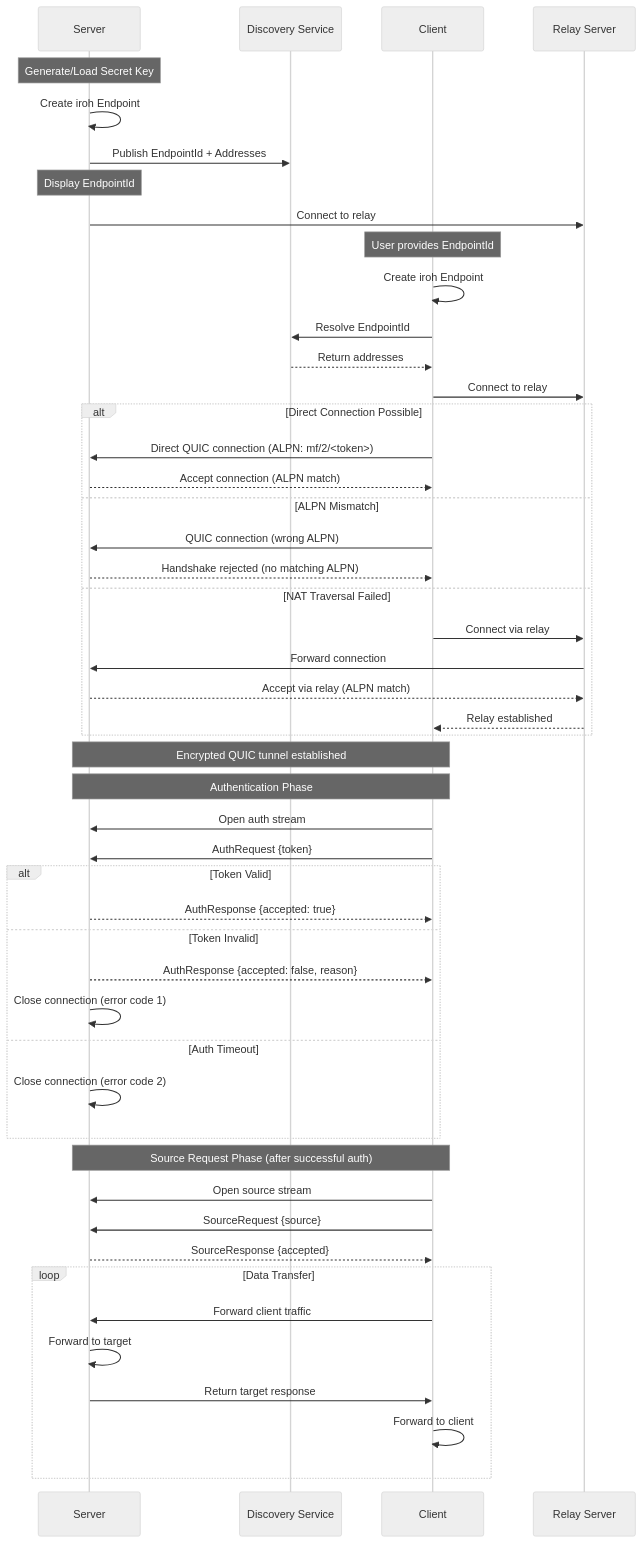
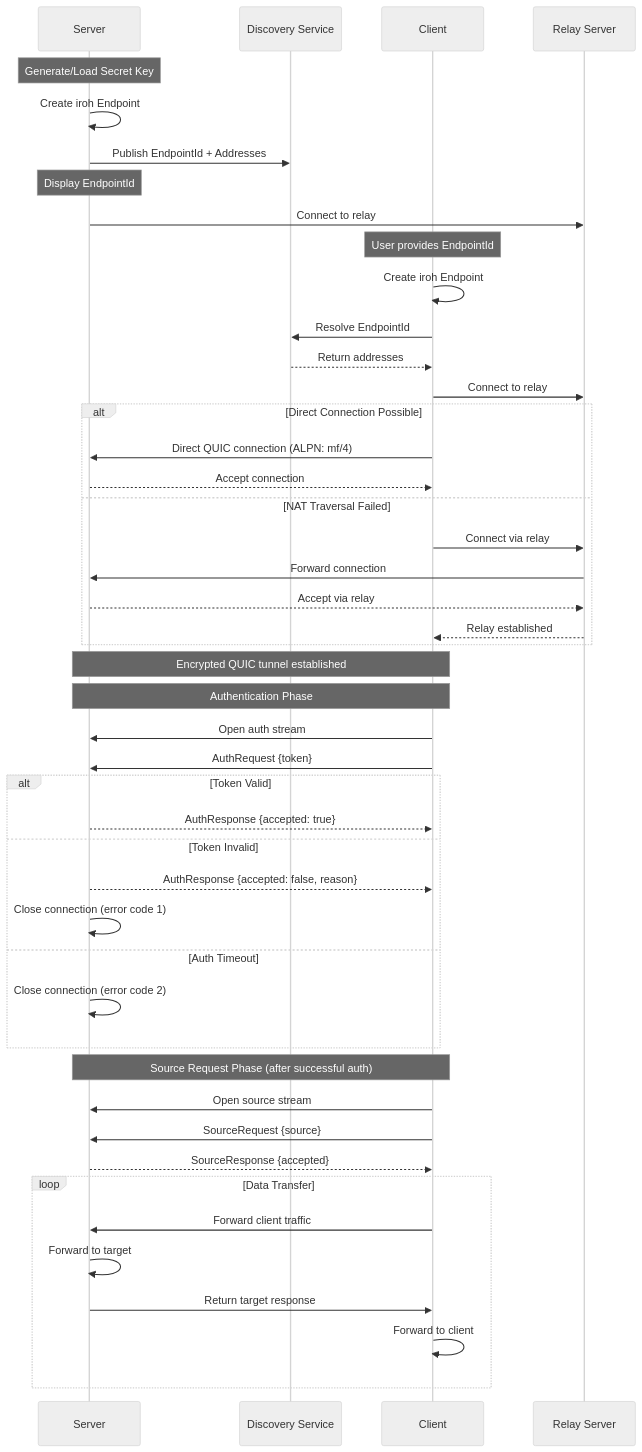
One commit to andrewtheguy/tunnel-rs changed the sixth of 22 diagrams in docs/ARCHITECTURE.md. Above: the diagram before and after it, drawn with Mermaid (neutral theme). The commit also changed other lines of this file and 12 other files, not shown here.

````diff
--- a/docs/ARCHITECTURE.md
+++ b/docs/ARCHITECTURE.md
@@ -176,58 +176,55 @@
 ```mermaid
 sequenceDiagram
     participant S as Server
     participant SD as Discovery Service
     participant C as Client
     participant RS as Relay Server
 
     Note over S: Generate/Load Secret Key
     S->>S: Create iroh Endpoint
     S->>SD: Publish EndpointId + Addresses
     Note over S: Display EndpointId
     S->>RS: Connect to relay
 
     Note over C: User provides EndpointId
     C->>C: Create iroh Endpoint
     C->>SD: Resolve EndpointId
     SD-->>C: Return addresses
     C->>RS: Connect to relay
 
     alt Direct Connection Possible
-        C->>S: Direct QUIC connection (ALPN: mf/2/<token>)
-        S-->>C: Accept connection (ALPN match)
-    else ALPN Mismatch
-        C->>S: QUIC connection (wrong ALPN)
-        S-->>C: Handshake rejected (no matching ALPN)
+        C->>S: Direct QUIC connection (ALPN: mf/4)
+        S-->>C: Accept connection
     else NAT Traversal Failed
         C->>RS: Connect via relay
         RS->>S: Forward connection
-        S-->>RS: Accept via relay (ALPN match)
+        S-->>RS: Accept via relay
         RS-->>C: Relay established
     end
 
     Note over S,C: Encrypted QUIC tunnel established
 
     Note over C,S: Authentication Phase
     C->>S: Open auth stream
     C->>S: AuthRequest {token}
     alt Token Valid
         S-->>C: AuthResponse {accepted: true}
     else Token Invalid
         S-->>C: AuthResponse {accepted: false, reason}
         S->>S: Close connection (error code 1)
     else Auth Timeout
         S->>S: Close connection (error code 2)
     end
 
     Note over C,S: Source Request Phase (after successful auth)
     C->>S: Open source stream
     C->>S: SourceRequest {source}
     S-->>C: SourceResponse {accepted}
 
     loop Data Transfer
         C->>S: Forward client traffic
         S->>S: Forward to target
         S->>C: Return target response
         C->>C: Forward to client
     end
 ```
````
